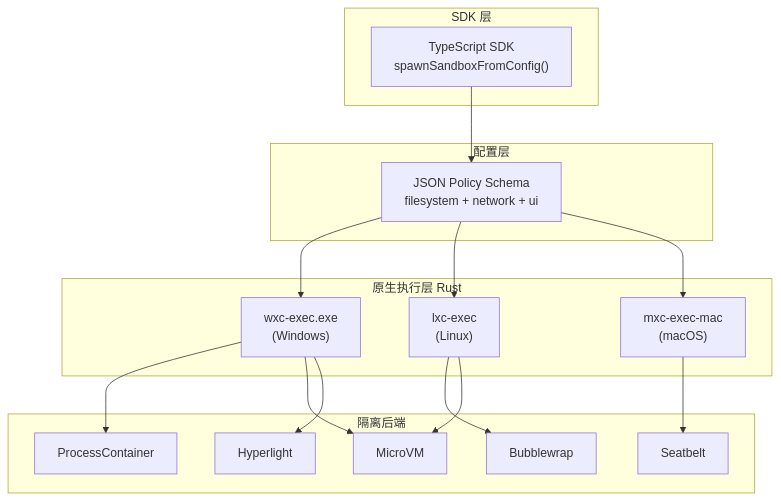
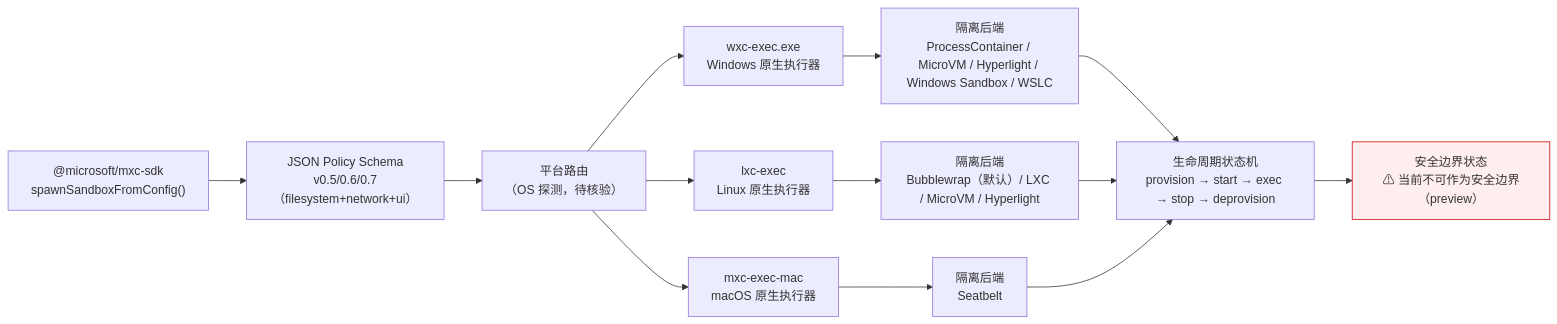
Before and after one commit to aiutil/github-researcher: the diagram in projects/mxc.md, drawn with Mermaid. The commit also changed other lines of this file and 939 other files, not shown here.

Commit message:
feat: add architect briefs and Mermaid project maps

````diff
--- a/projects/mxc.md
+++ b/projects/mxc.md
@@ -44,26 +57,17 @@
 ```mermaid
-graph TB
-    subgraph "SDK 层"
-        SDK["TypeScript SDK<br/>spawnSandboxFromConfig()"]
-    end
-    subgraph "配置层"
-        JSON["JSON Policy Schema<br/>filesystem + network + ui"]
-    end
-    subgraph "原生执行层 Rust"
-        WIN["wxc-exec.exe<br/>(Windows)"]
-        LNX["lxc-exec<br/>(Linux)"]
-        MAC["mxc-exec-mac<br/>(macOS)"]
-    end
-    subgraph "隔离后端"
-        PC["ProcessContainer"]
-        BW["Bubblewrap"]
-        SB["Seatbelt"]
-        VM["MicroVM"]
-        HL["Hyperlight"]
-    end
-    SDK --> JSON
-    JSON --> WIN & LNX & MAC
-    WIN --> PC & VM & HL
-    LNX --> BW & VM
-    MAC --> SB
+flowchart LR
+    SDK["@microsoft/mxc-sdk<br/>spawnSandboxFromConfig()"] --> POLICY["JSON Policy Schema<br/>v0.5/0.6/0.7（filesystem+network+ui）"]
+    POLICY --> ROUTER["平台路由<br/>（OS 探测，待核验）"]
+    ROUTER --> WIN["wxc-exec.exe<br/>Windows 原生执行器"]
+    ROUTER --> LNX["lxc-exec<br/>Linux 原生执行器"]
+    ROUTER --> MAC["mxc-exec-mac<br/>macOS 原生执行器"]
+    WIN --> BACKENDS["隔离后端<br/>ProcessContainer / MicroVM / Hyperlight / Windows Sandbox / WSLC"]
+    LNX --> BACKENDS2["隔离后端<br/>Bubblewrap（默认）/ LXC / MicroVM / Hyperlight"]
+    MAC --> BACKENDS3["隔离后端<br/>Seatbelt"]
+    BACKENDS --> LC["生命周期状态机<br/>provision → start → exec → stop → deprovision"]
+    BACKENDS2 --> LC
+    BACKENDS3 --> LC
+    LC --> RISK["安全边界状态<br/>⚠ 当前不可作为安全边界（preview）"]
+    classDef risk fill:#fee,stroke:#c00,stroke-width:1px
+    class RISK risk
 ```
````
